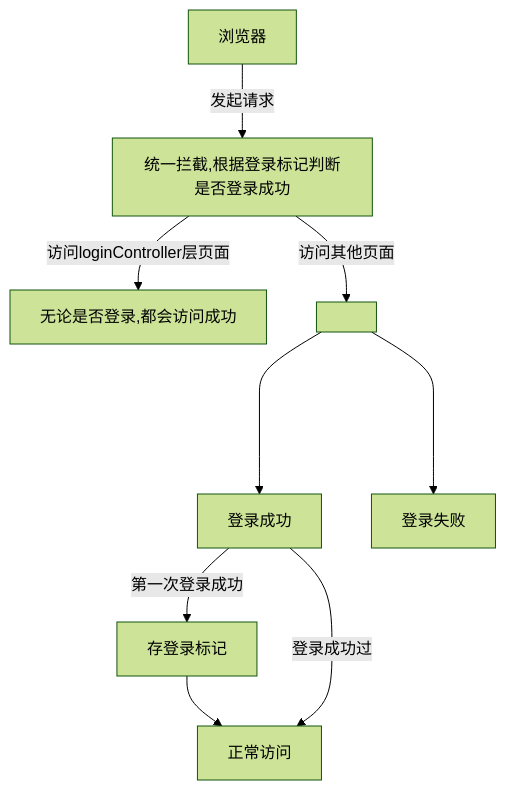
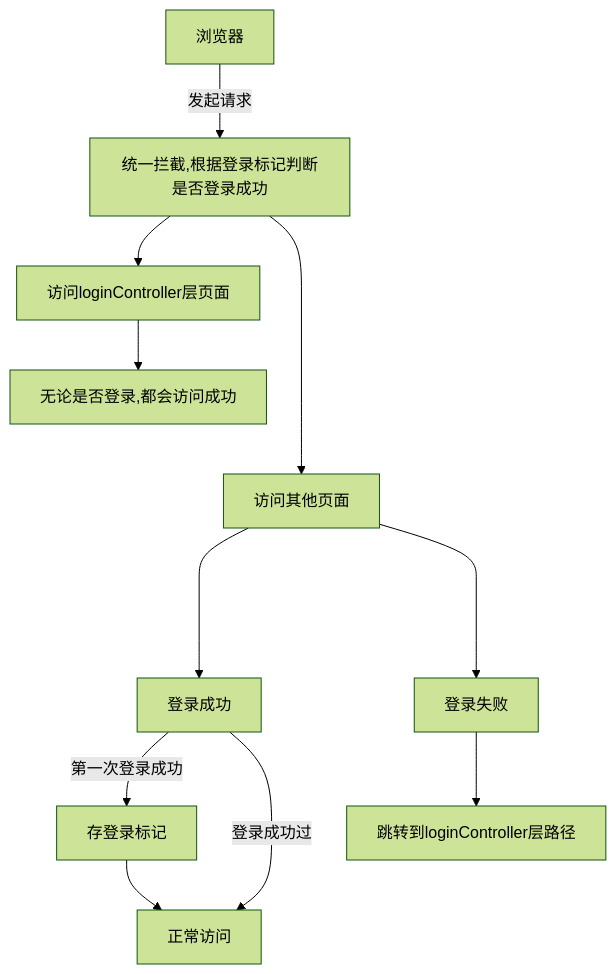
The diagram in 计算机/JavaWeb/后端/SpringBoot/4 登录认证.md (poppop9/obsidian), drawn with Mermaid (forest theme) before and after one commit. The commit also changed other lines of this file, not shown here.

Commit message:
vault backup: 2023-11-30 18:55:52

````diff
--- a/计算机/JavaWeb/后端/SpringBoot/4 登录认证.md
+++ b/计算机/JavaWeb/后端/SpringBoot/4 登录认证.md
@@ -7,17 +7,13 @@
 ```mermaid
 graph TB
 	a[浏览器]--发起请求-->b[统一拦截,根据登录标记判断是否登录成功]
-	b--访问loginController层页面-->c[无论是否登录,都会访问成功]
+	b-->j[访问loginController层页面]
+	j-->c[无论是否登录,都会访问成功]
 	
-	b--访问其他页面-->d[ ]
+	b---->d[访问其他页面]
 	d---->f[登录成功]
 	f--第一次登录成功-->g[存登录标记]-->h[正常访问]
 	f--登录成功过-->h
 
-	d---->e[登录失败]
-	
-
-	
-
-
+	d---->e[登录失败]-->i[跳转到loginController层路径]
 ```
````
